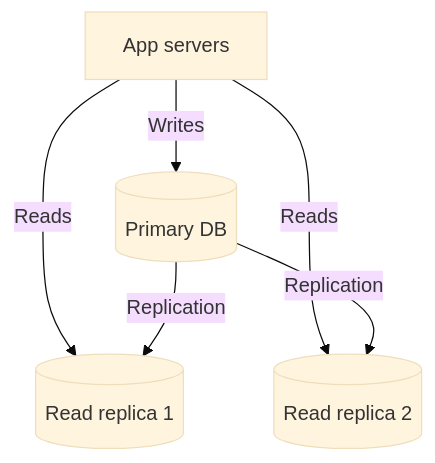
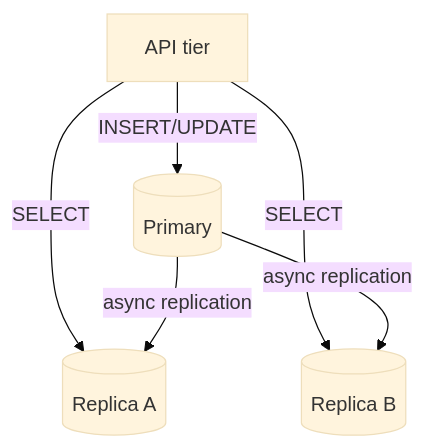
Before and after one commit to adnanrahin/adnanrahin.github.io: the second of 11 diagrams in _system_design/scalability.md, drawn with Mermaid (base theme). The commit also changed other lines of this file and 3 other files, not shown here.

````diff
--- a/_system_design/scalability.md
+++ b/_system_design/scalability.md
@@ -142,9 +130,9 @@
 ```mermaid
 flowchart TB
-    App[App servers]
-    App -->|Writes| Primary[(Primary DB)]
-    App -->|Reads| R1[(Read replica 1)]
-    App -->|Reads| R2[(Read replica 2)]
-    Primary -->|Replication| R1
-    Primary -->|Replication| R2
+    API[API tier]
+    API -->|INSERT/UPDATE| Primary[(Primary)]
+    API -->|SELECT| Rep1[(Replica A)]
+    API -->|SELECT| Rep2[(Replica B)]
+    Primary -->|async replication| Rep1
+    Primary -->|async replication| Rep2
 ```
````
